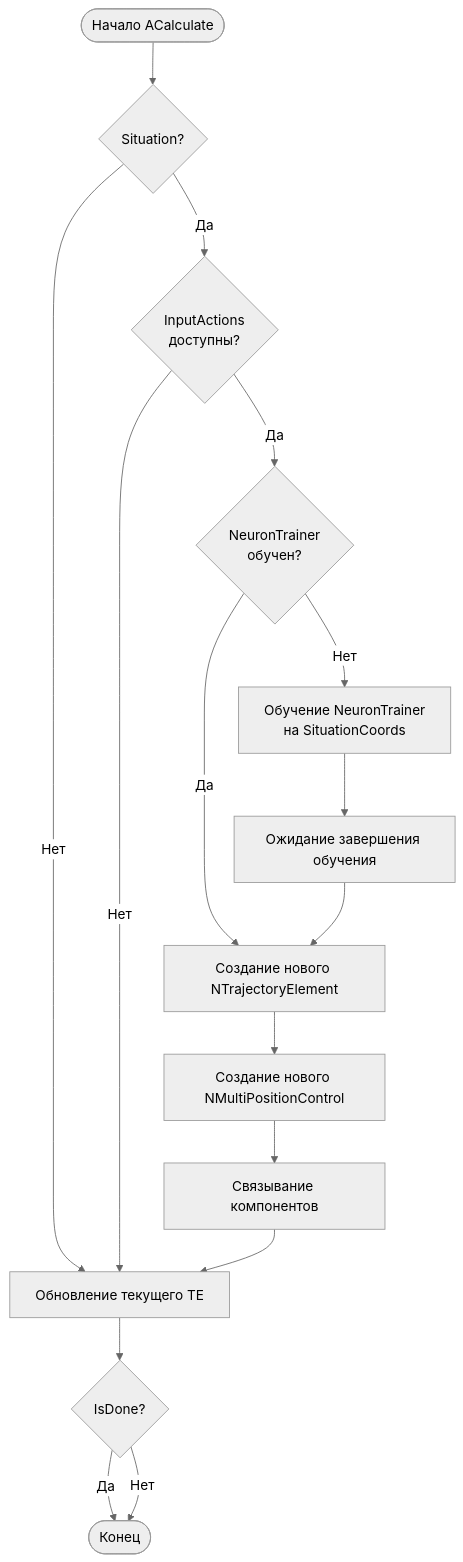
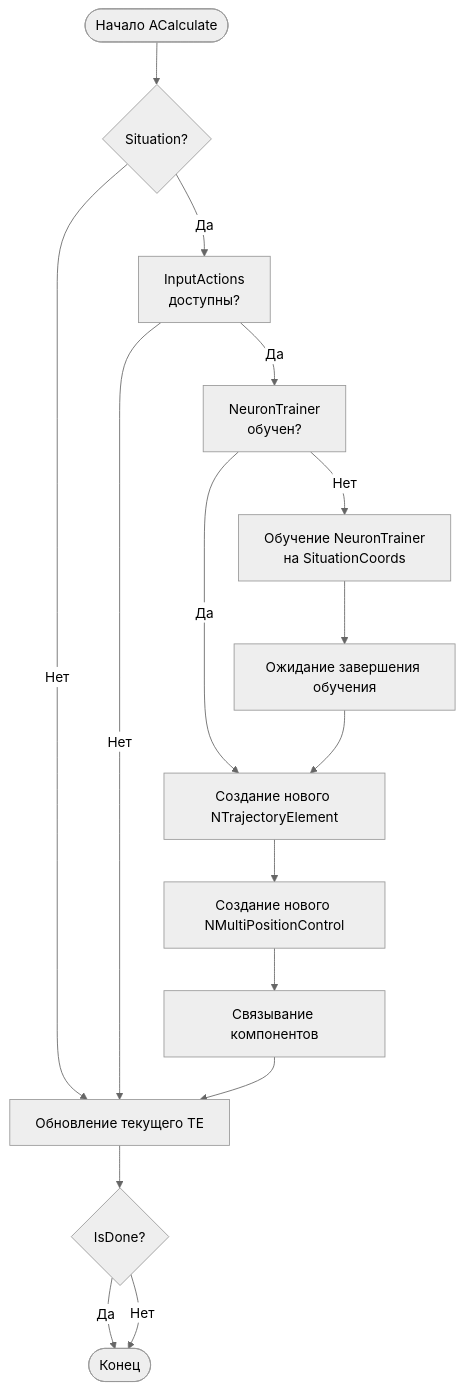
One commit to aicommunity/Nmsdk-MotionControlLib changed the fourth of 5 diagrams in Docs/Components/NMazeMemory.md. Above: the diagram before and after it, drawn with Mermaid (neutral theme). The commit also changed other lines of this file and 39 other files, not shown here.

First line of the commit message:
docs(motion): normalize mermaid node ids with quoted labels

````diff
--- a/Docs/Components/NMazeMemory.md
+++ b/Docs/Components/NMazeMemory.md
@@ -112,18 +112,18 @@
 ```mermaid
 flowchart TD
     Start([Начало ACalculate]) --> CheckSituation{Situation?}
-    CheckSituation -->|Да| CheckActions{InputActions<br/>доступны?}
+    CheckSituation -->|Да| CheckActions["InputActions<br/>доступны?"]
     CheckSituation -->|Нет| UpdateCurrent[Обновление текущего TE]
-    CheckActions -->|Да| CheckTraining{NeuronTrainer<br/>обучен?}
+    CheckActions -->|Да| CheckTraining["NeuronTrainer<br/>обучен?"]
     CheckActions -->|Нет| UpdateCurrent
-    CheckTraining -->|Нет| TrainNT[Обучение NeuronTrainer<br/>на SituationCoords]
+    CheckTraining -->|Нет| TrainNT["Обучение NeuronTrainer<br/>на SituationCoords"]
     CheckTraining -->|Да| CreateTE[Создание нового NTrajectoryElement]
     TrainNT --> WaitTraining[Ожидание завершения обучения]
     WaitTraining --> CreateTE
     CreateTE --> CreateMPC[Создание нового NMultiPositionControl]
     CreateMPC --> LinkComponents[Связывание компонентов]
     LinkComponents --> UpdateCurrent
     UpdateCurrent --> CheckFinish{IsDone?}
     CheckFinish -->|Да| End([Конец])
     CheckFinish -->|Нет| End
 ```
````
